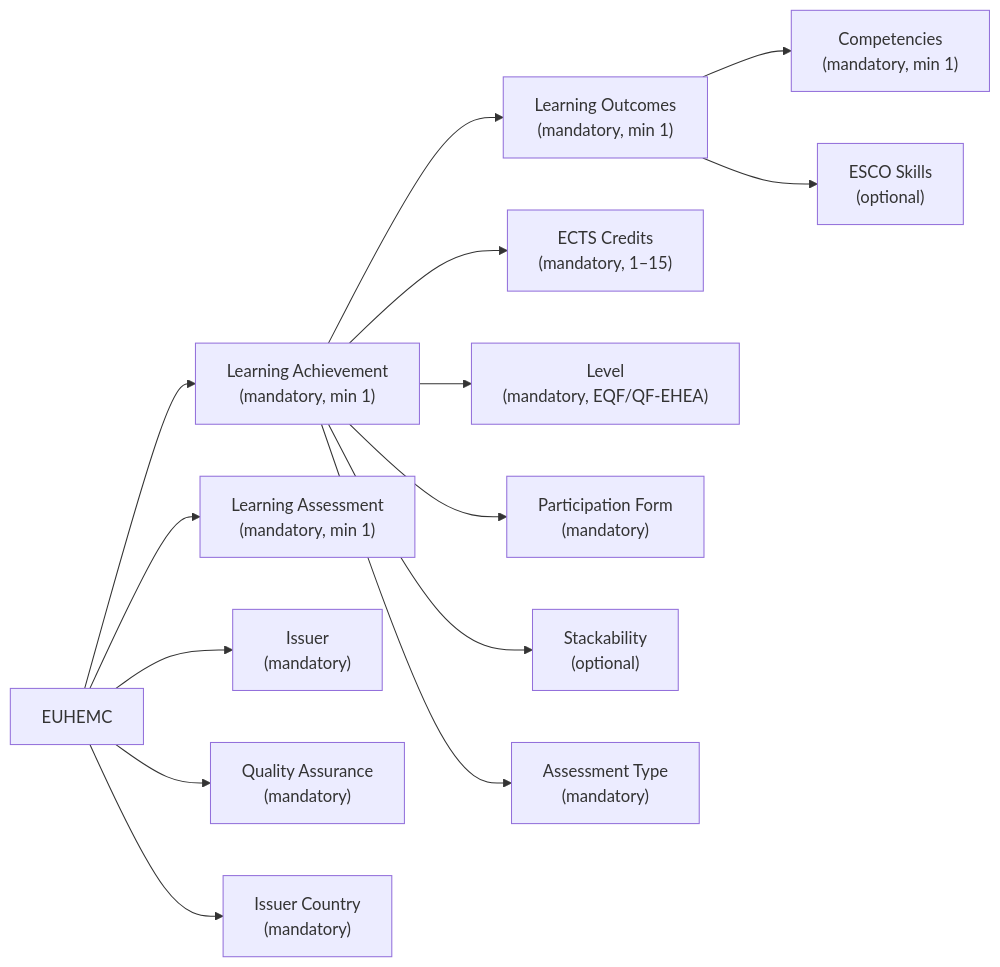
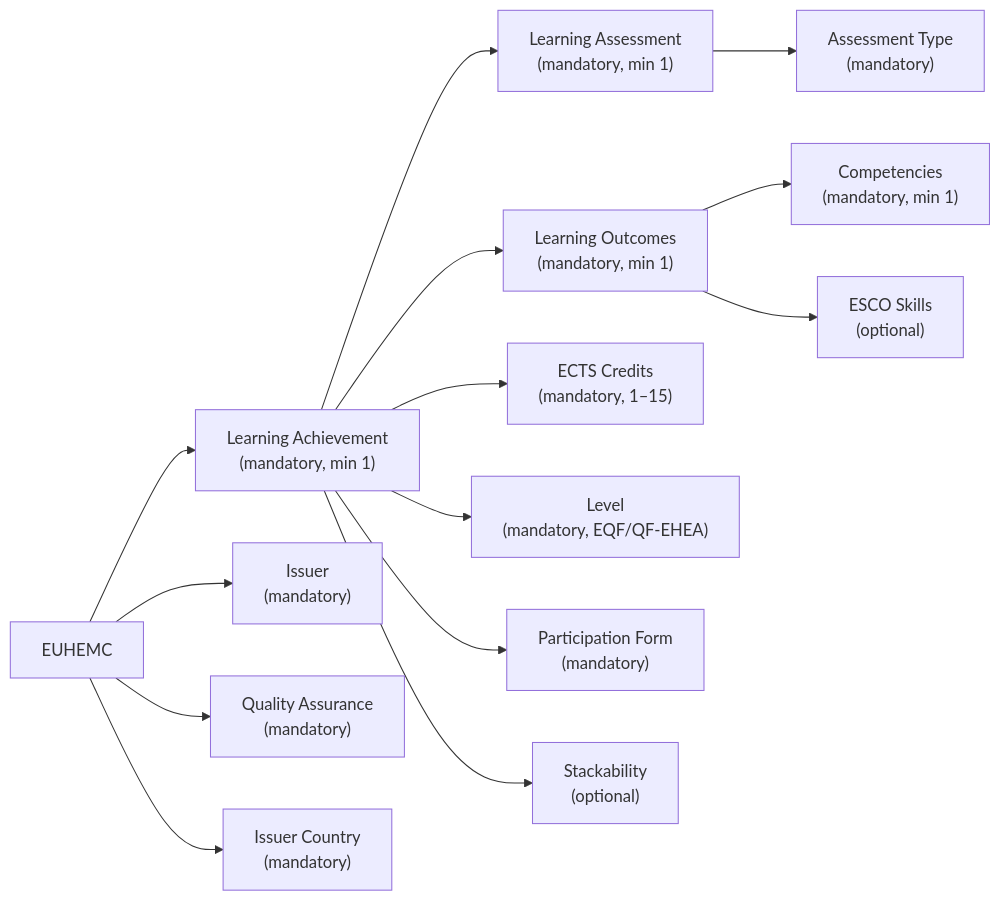
Before and after one commit to dc4eu/educational-pilot: the diagram in sectorial-eaa-catalogue/formal-education/business/highereducation-microcredential.md, drawn with Mermaid.

````diff
--- a/sectorial-eaa-catalogue/formal-education/business/highereducation-microcredential.md
+++ b/sectorial-eaa-catalogue/formal-education/business/highereducation-microcredential.md
@@ -52,16 +52,16 @@
 ```mermaid
 flowchart LR
     A["EUHEMC"] --> B["Learning Achievement<br>(mandatory, min 1)"]
-    A --> C["Learning Assessment<br>(mandatory, min 1)"]
+    B --> C["Learning Assessment<br>(mandatory, min 1)"]
     A --> D["Issuer<br>(mandatory)"]
     A --> E["Quality Assurance<br>(mandatory)"]
     A --> F["Issuer Country<br>(mandatory)"]
     B --> G["Learning Outcomes<br>(mandatory, min 1)"]
     B --> H["ECTS Credits<br>(mandatory, 1–15)"]
     B --> I["Level<br>(mandatory, EQF/QF-EHEA)"]
     B --> J["Participation Form<br>(mandatory)"]
     B --> K["Stackability<br>(optional)"]
-    B --> L["Assessment Type<br>(mandatory)"]
+    C --> L["Assessment Type<br>(mandatory)"]
     G --> M["Competencies<br>(mandatory, min 1)"]
     G --> N["ESCO Skills<br>(optional)"]
 ```
````
